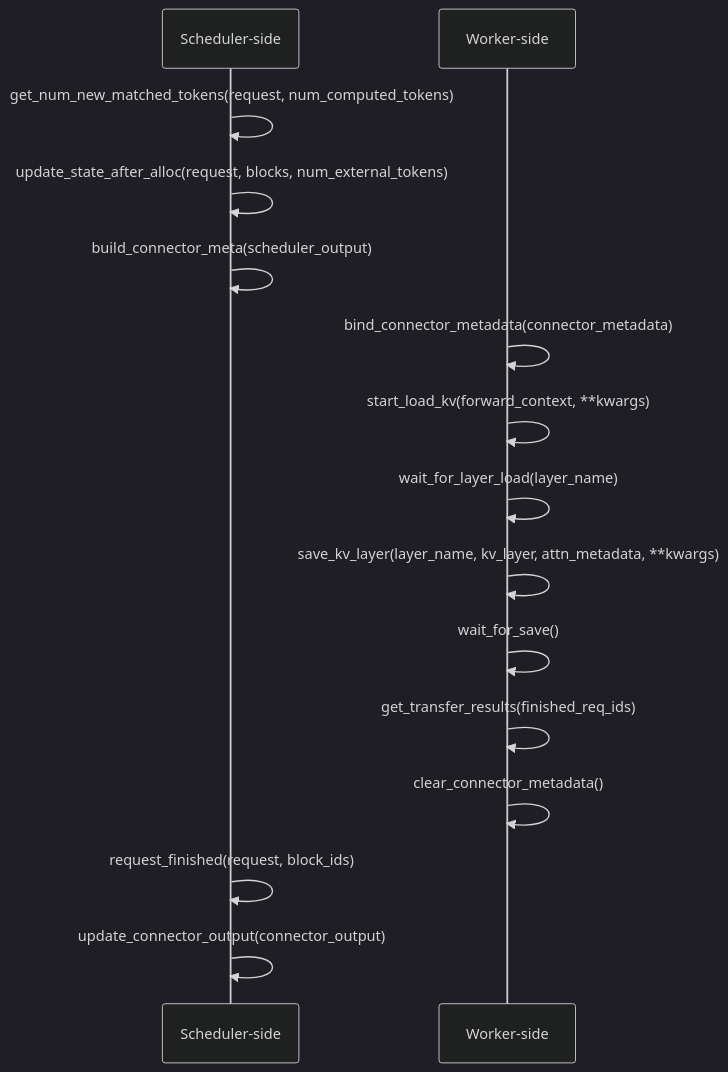
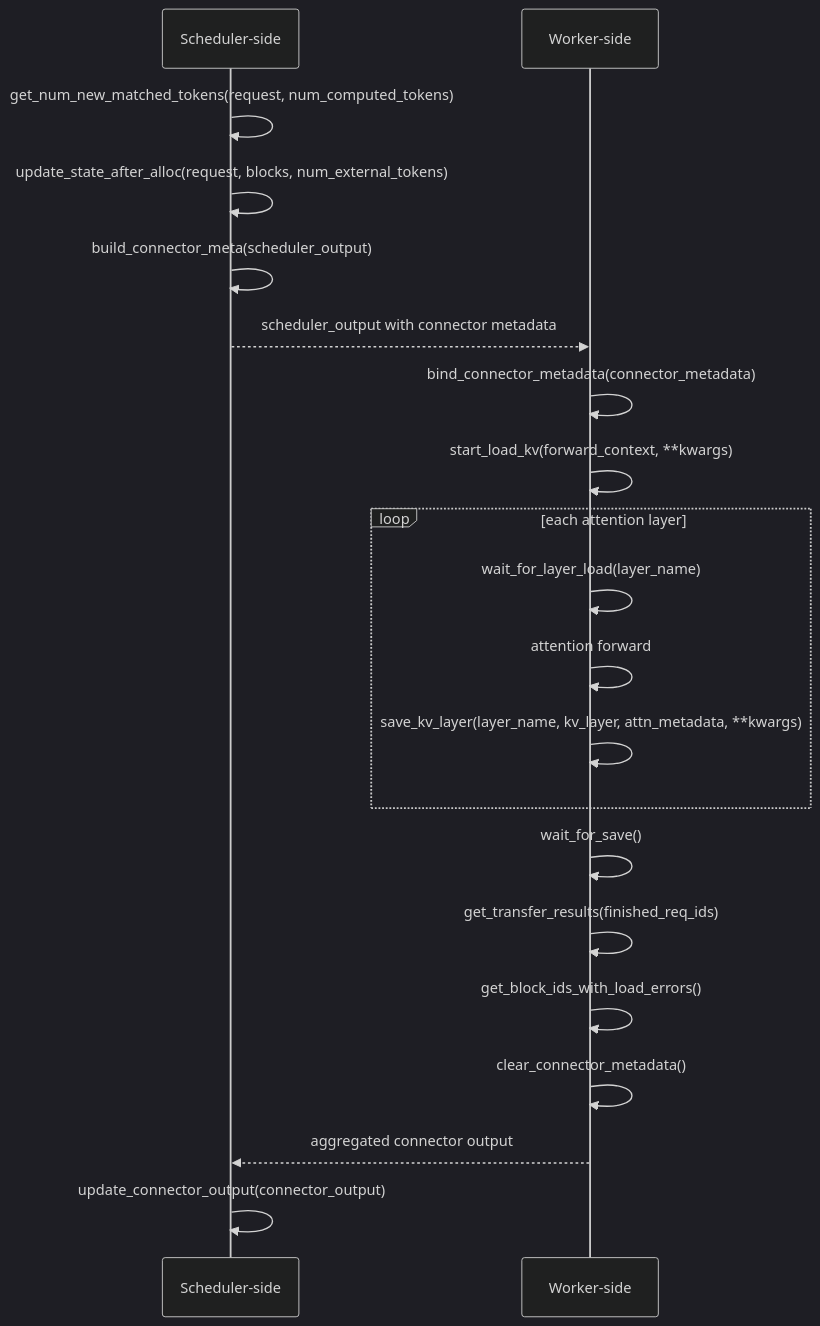
The diagram in docs/vllm-kv-connector.md (Dami-wq-k03/nano-lmcache), drawn with Mermaid (dark theme) before and after one commit. The commit also changed other lines of this file and 3 other files, not shown here.

````diff
--- a/docs/vllm-kv-connector.md
+++ b/docs/vllm-kv-connector.md
@@ -68,18 +79,23 @@
 ```mermaid
 sequenceDiagram
     participant S as Scheduler-side
     participant W as Worker-side
 
     S->>S: get_num_new_matched_tokens(request, num_computed_tokens)
     S->>S: update_state_after_alloc(request, blocks, num_external_tokens)
     S->>S: build_connector_meta(scheduler_output)
+    S-->>W: scheduler_output with connector metadata
     W->>W: bind_connector_metadata(connector_metadata)
     W->>W: start_load_kv(forward_context, **kwargs)
-    W->>W: wait_for_layer_load(layer_name)
-    W->>W: save_kv_layer(layer_name, kv_layer, attn_metadata, **kwargs)
+    loop each attention layer
+        W->>W: wait_for_layer_load(layer_name)
+        W->>W: attention forward
+        W->>W: save_kv_layer(layer_name, kv_layer, attn_metadata, **kwargs)
+    end
     W->>W: wait_for_save()
     W->>W: get_transfer_results(finished_req_ids)
+    W->>W: get_block_ids_with_load_errors()
     W->>W: clear_connector_metadata()
-    S->>S: request_finished(request, block_ids)
+    W-->>S: aggregated connector output
     S->>S: update_connector_output(connector_output)
 ```
````
